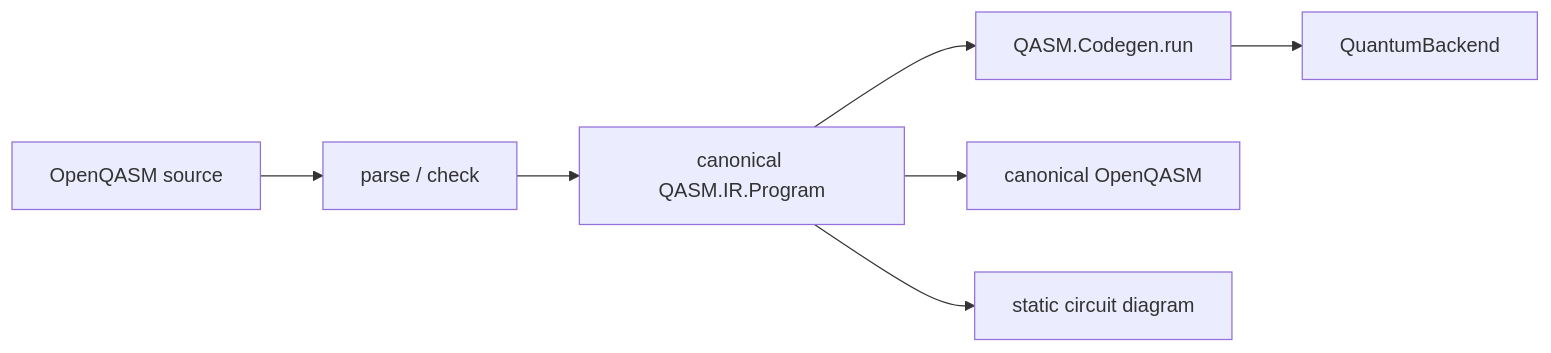
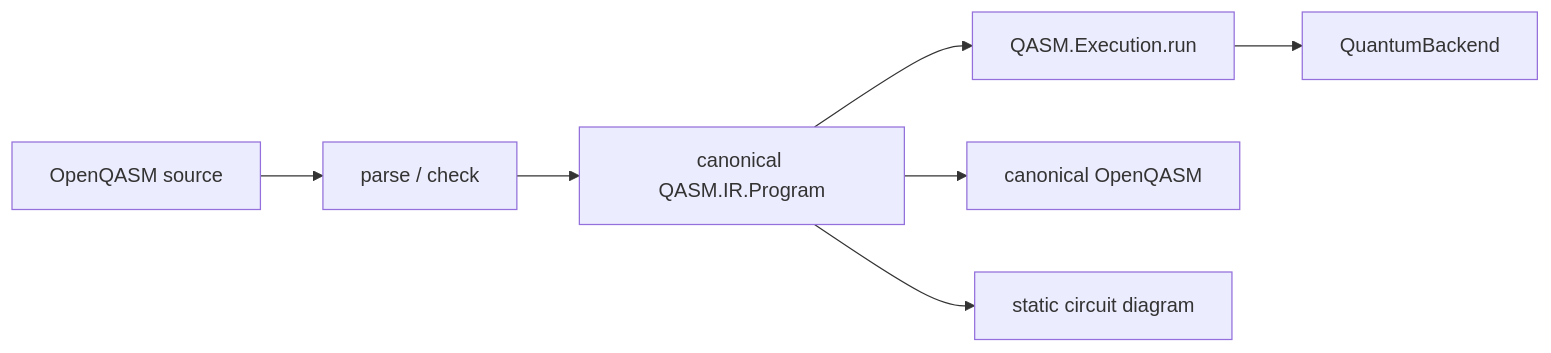
One commit to tani/lean-qasm changed the diagram in README.md. Above: the diagram before and after it, drawn with Mermaid. The commit also changed other lines of this file and 7 other files, not shown here.

````diff
--- a/README.md
+++ b/README.md
@@ -8,9 +8,9 @@
 ```mermaid
 flowchart LR
     Source["OpenQASM source"] --> Frontend["parse / check"]
     Frontend --> IR["canonical QASM.IR.Program"]
-    IR --> Execute["QASM.Codegen.run"]
+    IR --> Execute["QASM.Execution.run"]
     Execute --> Backend["QuantumBackend"]
     IR --> Emit["canonical OpenQASM"]
     IR --> Diagram["static circuit diagram"]
 ```
````
